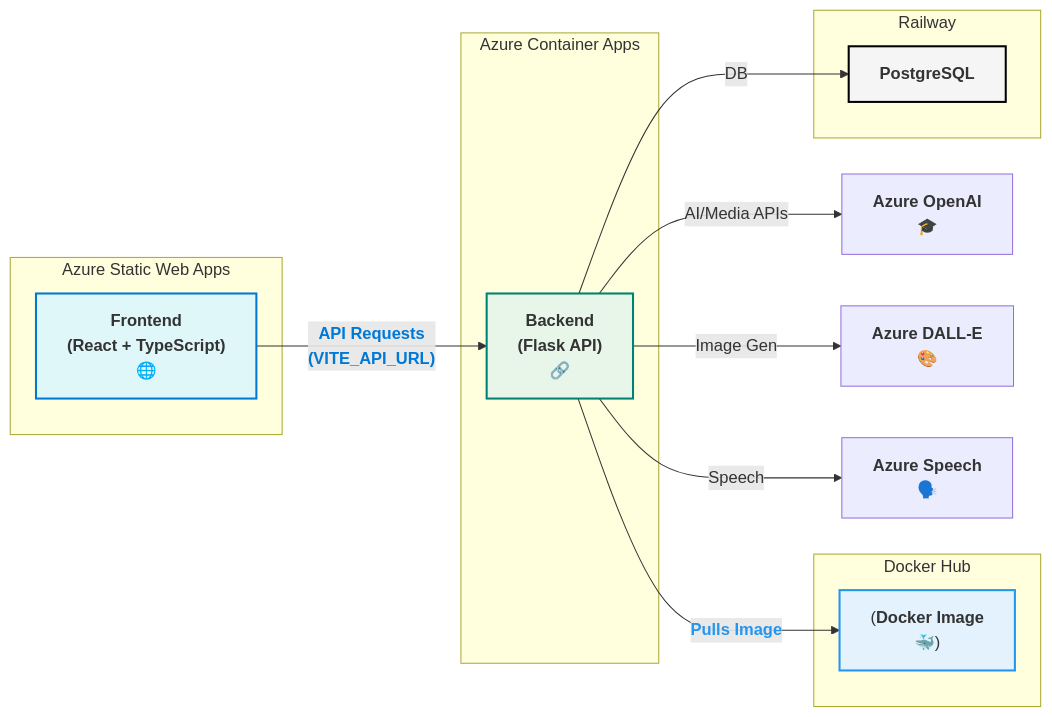
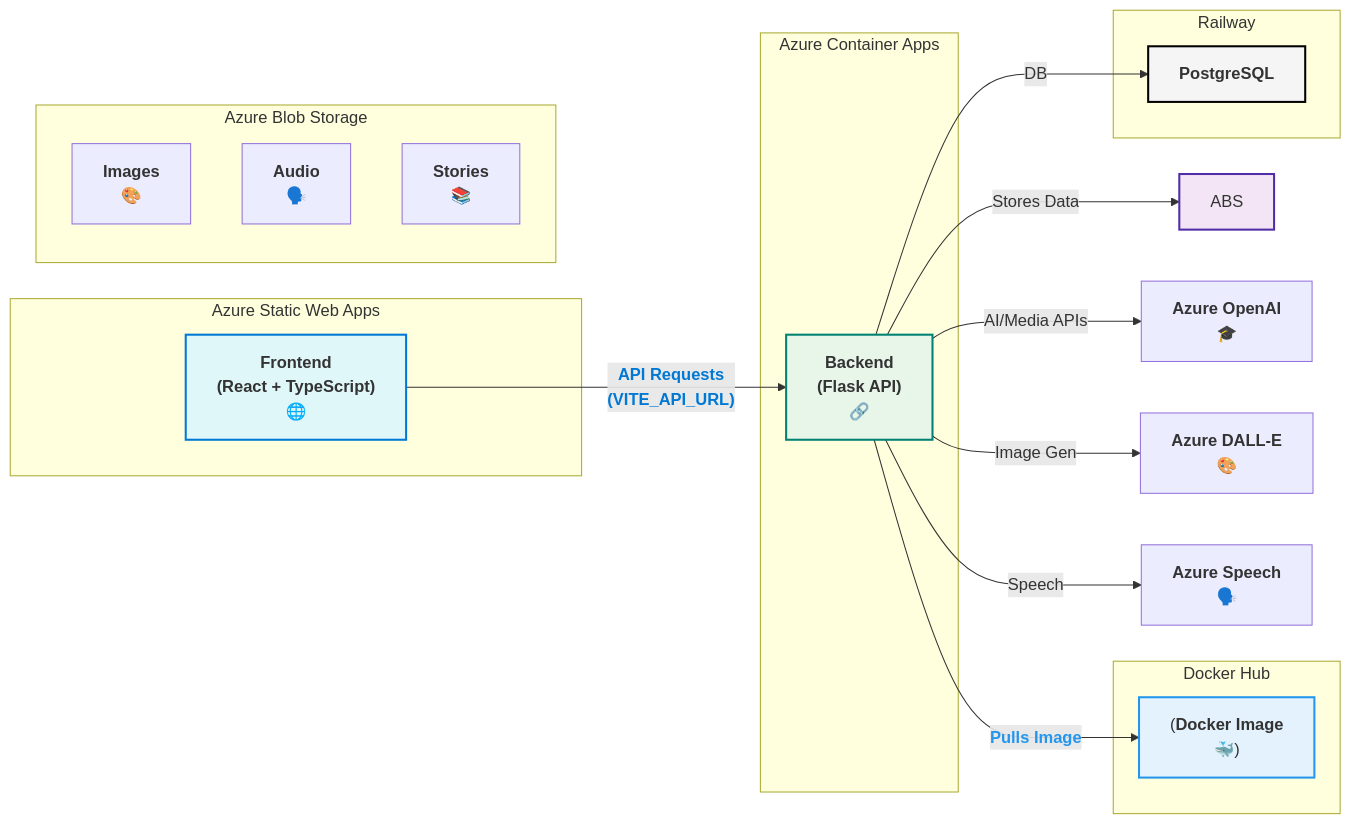
The first of 4 diagrams in README.md (ajmalrasouli/ai-storyteller), drawn with Mermaid before and after one commit. The commit also changed other lines of this file and 3 other files, not shown here.

First line of the commit message:
feat: Update architecture to use Railway/PostgreSQL with Azure Blob Storage

````diff
--- a/README.md
+++ b/README.md
@@ -46,25 +46,32 @@
 ```mermaid
 flowchart LR
     subgraph Azure Static Web Apps
         style FE fill:#e0f7fa,stroke:#0078D4,stroke-width:2px
         FE["<b>Frontend<br/>(React + TypeScript)</b><br/>🌐"]
     end
     subgraph Azure Container Apps
         style BE fill:#e8f5e9,stroke:#008272,stroke-width:2px
         BE["<b>Backend<br/>(Flask API)</b><br/>🔗"]
     end
     subgraph Docker Hub
         style DH fill:#e3f2fd,stroke:#2496ED,stroke-width:2px
         DH["(<b>Docker Image</b><br/>🐳)"]
     end
     subgraph Railway
         style DB fill:#f5f5f5,stroke:#000000,stroke-width:2px
         DB["<b>PostgreSQL</b>"]
     end
+    subgraph Azure Blob Storage
+        style ABS fill:#f3e5f5,stroke:#512DA8,stroke-width:2px
+        IMAGES["<b>Images</b><br/>🎨"]
+        AUDIO["<b>Audio</b><br/>🗣️"]
+        STORIES["<b>Stories</b><br/>📚"]
+    end
     FE -- "<b style='color:#0078D4;'>API Requests<br/>(VITE_API_URL)</b>" --> BE
     BE -- "<b style='color:#2496ED;'>Pulls Image</b>" --> DH
     BE -- "AI/Media APIs" --> OA["<b>Azure OpenAI<br/>🎓</b>"]
     BE -- "Image Gen" --> DALLE["<b>Azure DALL-E<br/>🎨</b>"]
     BE -- "Speech" --> SPEECH["<b>Azure Speech<br/>🗣️</b>"]
+    BE -- "Stores Data" --> ABS
     BE -- "DB" --> DB
 ```
````
